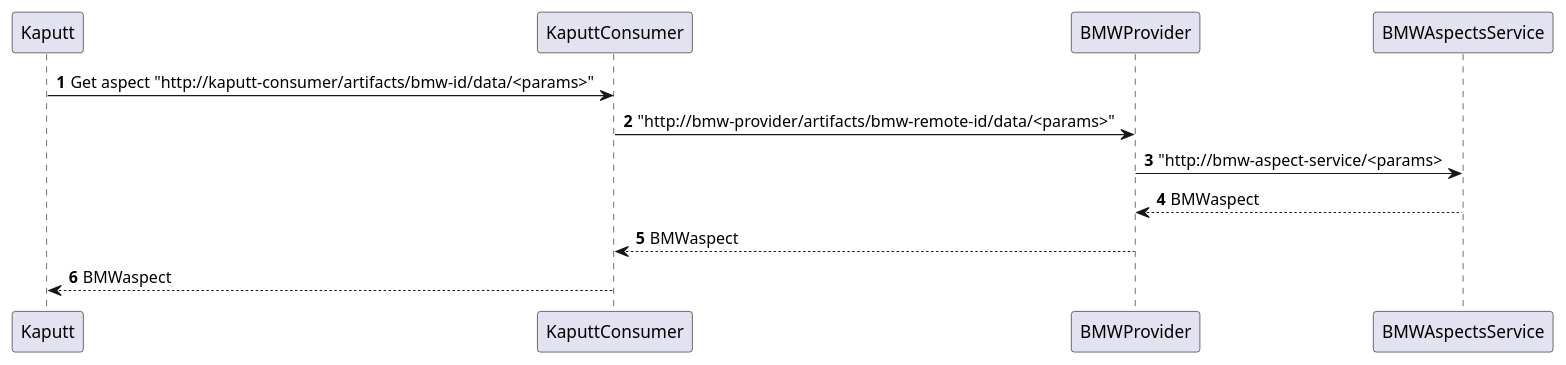
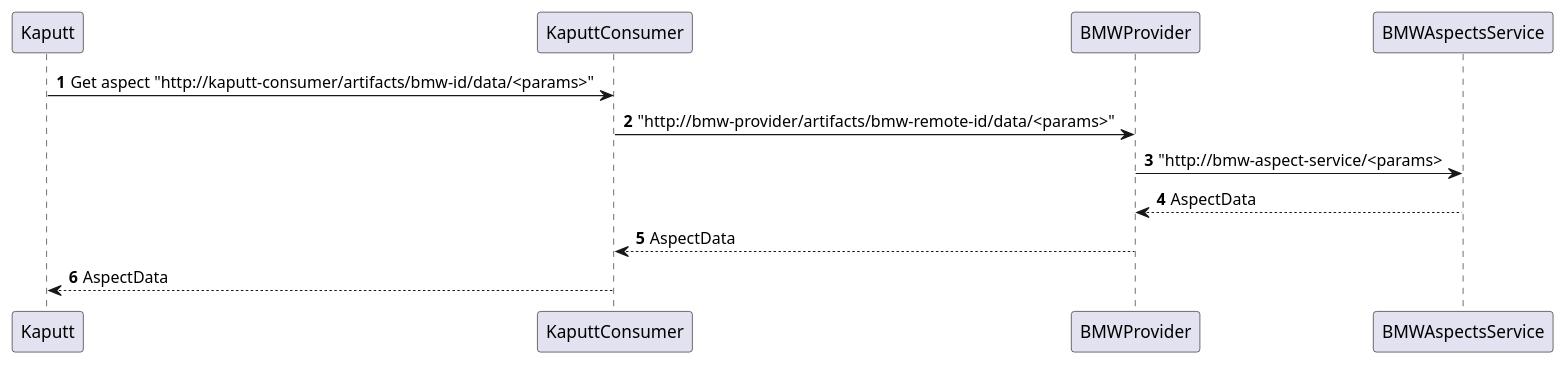
The diagram in documentation/architecture/diagrams/speadboat-get-aspect.puml (catenax/tractusx), drawn with PlantUML before and after one commit. The commit also changed 1 other file, not shown here.

Commit message:
Improved aspect output name.

```diff
--- a/documentation/architecture/diagrams/speadboat-get-aspect.puml
+++ b/documentation/architecture/diagrams/speadboat-get-aspect.puml
@@ -1,12 +1,12 @@
 @startuml
 'https://plantuml.com/sequence-diagram
 
 autonumber
 
 Kaputt ->  KaputtConsumer: Get aspect "http://kaputt-consumer/artifacts/bmw-id/data/<params>"
 KaputtConsumer -> BMWProvider: "http://bmw-provider/artifacts/bmw-remote-id/data/<params>"
 BMWProvider -> BMWAspectsService: "http://bmw-aspect-service/<params>
-BMWProvider <-- BMWAspectsService: BMWaspect
-KaputtConsumer <-- BMWProvider: BMWaspect
-Kaputt <-- KaputtConsumer: BMWaspect
+BMWProvider <-- BMWAspectsService: AspectData
+KaputtConsumer <-- BMWProvider: AspectData
+Kaputt <-- KaputtConsumer: AspectData
 @enduml
```
